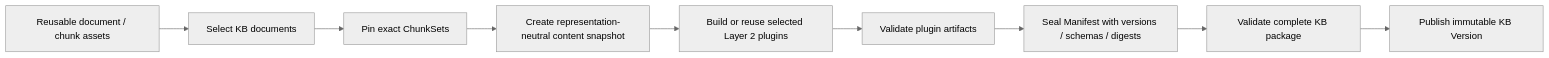
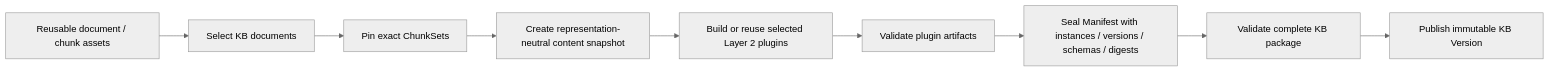
The second of 3 diagrams in README.md (ferryhe/agentic-kb-chat), drawn with Mermaid (neutral theme) before and after one commit. The commit also changed other lines of this file, not shown here.

````diff
--- a/README.md
+++ b/README.md
@@ -623,14 +651,14 @@
 ```mermaid
 flowchart LR
     ASSET[Reusable document / chunk assets]
     SELECT[Select KB documents]
     PIN[Pin exact ChunkSets]
     SNAP[Create representation-neutral content snapshot]
     BUILD[Build or reuse selected Layer 2 plugins]
     PVALID[Validate plugin artifacts]
-    SEAL[Seal Manifest with versions / schemas / digests]
+    SEAL[Seal Manifest with instances / versions / schemas / digests]
     KVALID[Validate complete KB package]
     PUBLISH[Publish immutable KB Version]
 
     ASSET --> SELECT --> PIN --> SNAP --> BUILD --> PVALID --> SEAL --> KVALID --> PUBLISH
 ```
````
